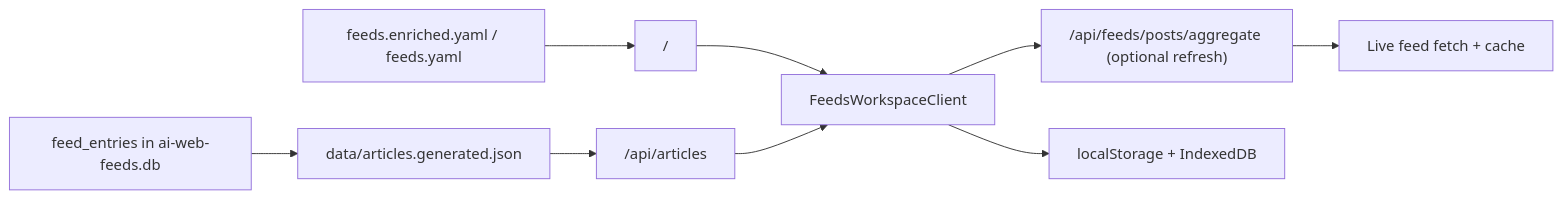
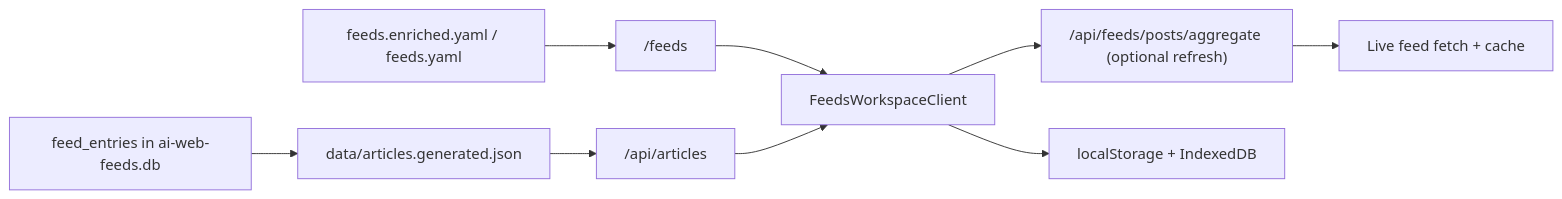
One commit to wyattowalsh/ai-web-feeds changed the diagram in apps/web/content/docs/features/reader.mdx. Above: the diagram before and after it, drawn with Mermaid. The commit also changed other lines of this file and 31 other files, not shown here.

Commit message:
fix(web): restore feeds route authority

````diff
--- a/apps/web/content/docs/features/reader.mdx
+++ b/apps/web/content/docs/features/reader.mdx
@@ -44,11 +44,11 @@
 ```mermaid
 flowchart LR
-    catalog["feeds.enriched.yaml / feeds.yaml"] --> route["/"]
+    catalog["feeds.enriched.yaml / feeds.yaml"] --> route["/feeds"]
     runtime["feed_entries in ai-web-feeds.db"] --> corpus["data/articles.generated.json"]
     corpus --> browse["/api/articles"]
     route --> ui["FeedsWorkspaceClient"]
     browse --> ui
     ui --> aggregate["/api/feeds/posts/aggregate (optional refresh)"]
     aggregate --> fetch["Live feed fetch + cache"]
     ui --> local["localStorage + IndexedDB"]
 ```
````
